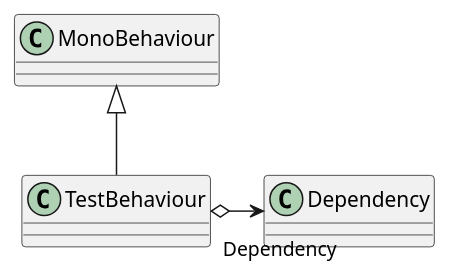
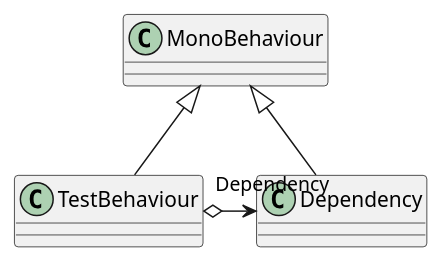
Before and after one commit to Delt06/unity-generate-uml: the diagram in UML/include.puml, drawn with PlantUML. The commit also changed 3 other files, not shown here.

Commit message:
Generate UML (Generate UML)

```diff
--- a/UML/include.puml
+++ b/UML/include.puml
@@ -1,8 +1,9 @@
 @startuml
 class Dependency {
 }
+MonoBehaviour <|-- Dependency
 class TestBehaviour {
 }
 MonoBehaviour <|-- TestBehaviour
 TestBehaviour o-> "Dependency" Dependency
 @enduml
```
